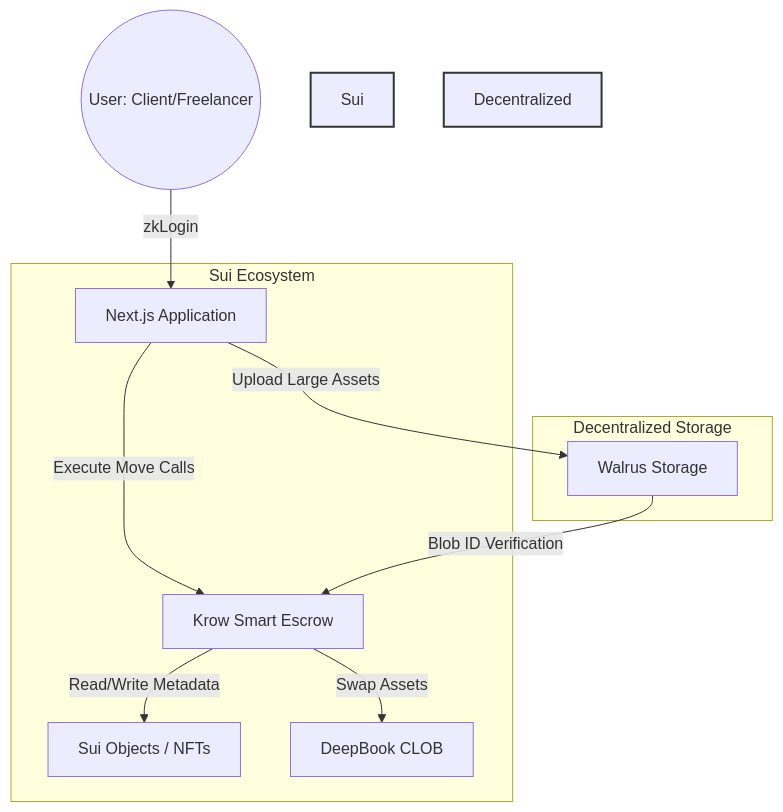
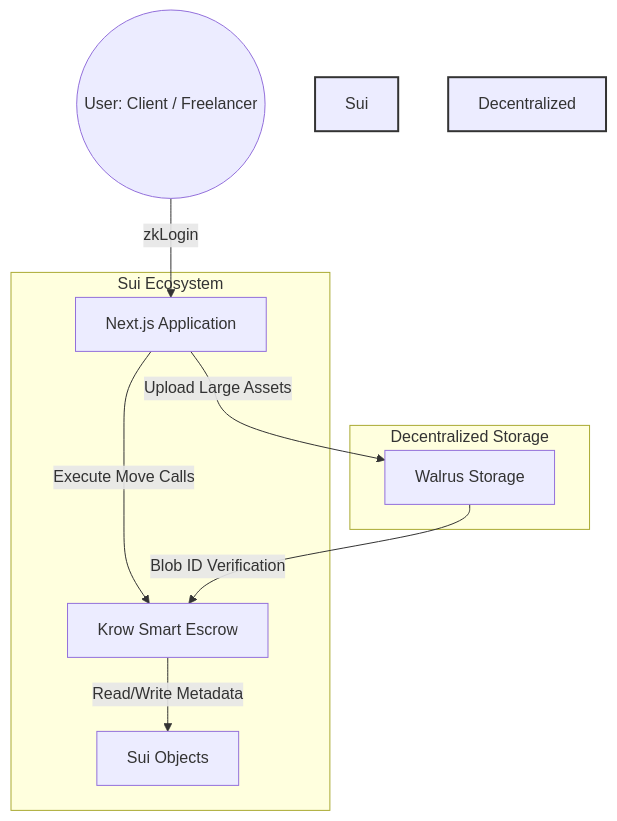
The second of 2 diagrams in README.md (DelvinLaurens/KROW), drawn with Mermaid before and after one commit. The commit also changed other lines of this file, not shown here.

````diff
--- a/README.md
+++ b/README.md
@@ -163,18 +202,17 @@
 ```mermaid
 graph TD
-    User((User: Client/Freelancer)) -->|zkLogin| Frontend[Next.js Application]
+    User((User: Client / Freelancer)) -->|zkLogin| Frontend[Next.js Application]
 
     subgraph Sui Ecosystem
         Frontend -->|Execute Move Calls| SuiContract[Krow Smart Escrow]
-        SuiContract -->|Read/Write Metadata| Objects[Sui Objects / NFTs]
-        SuiContract -->|Swap Assets| DB[DeepBook CLOB]
+        SuiContract -->|Read/Write Metadata| Objects[Sui Objects]
     end
 
     subgraph Decentralized Storage
         Frontend -->|Upload Large Assets| Walrus[Walrus Storage]
         Walrus -->|Blob ID Verification| SuiContract
     end
 
     style Sui Ecosystem fill:#f9f,stroke:#333,stroke-width:2px
     style Decentralized Storage fill:#bbf,stroke:#333,stroke-width:2px
 ```
````
